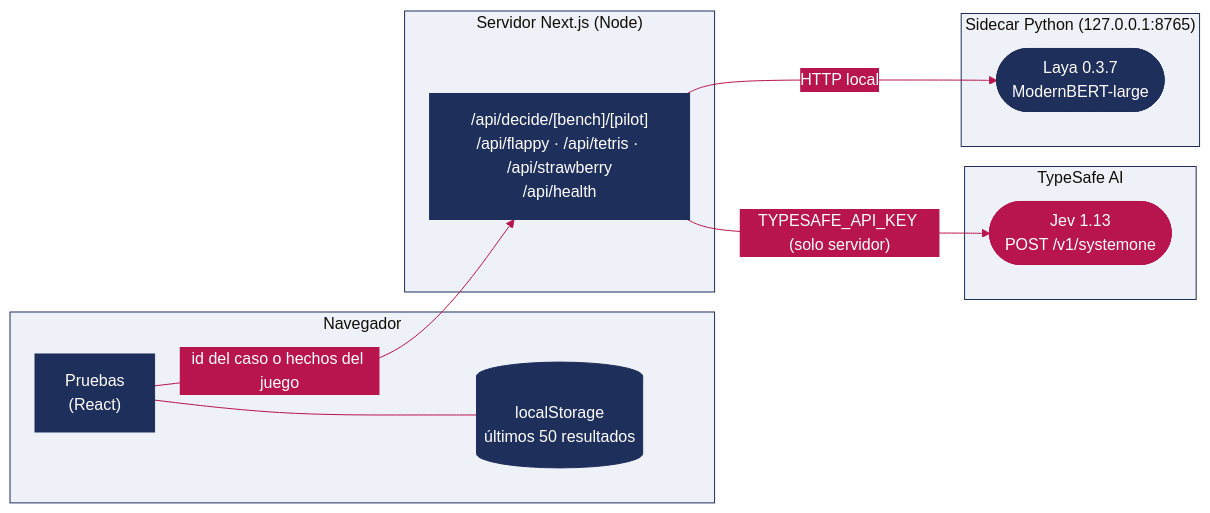
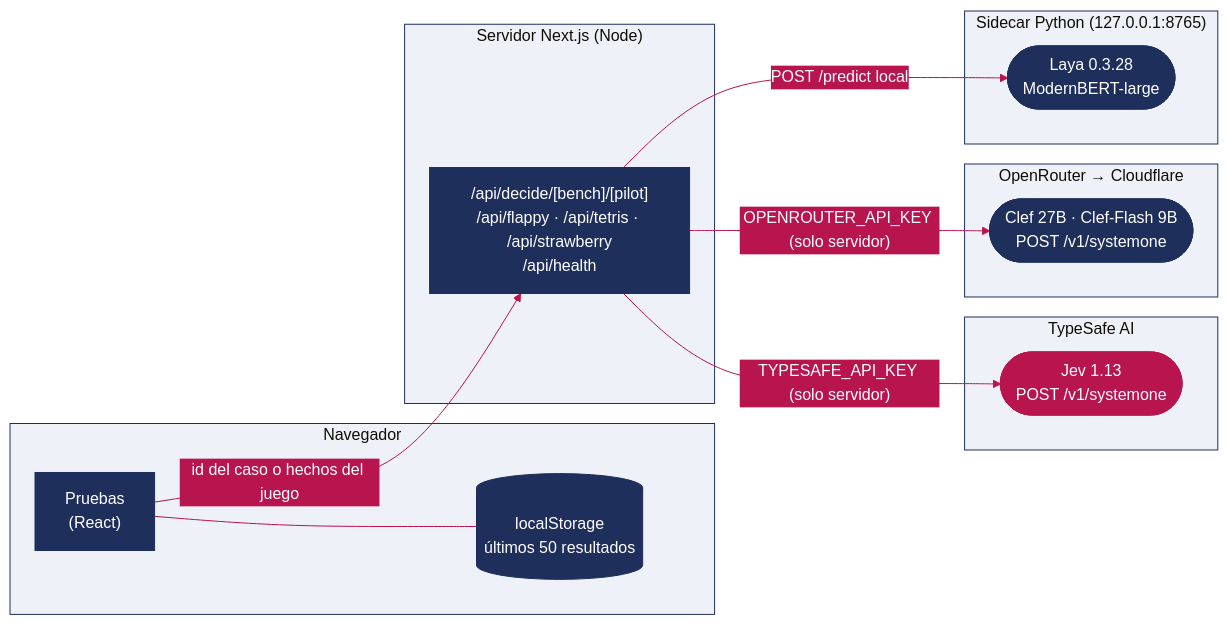
The third of 5 diagrams in README.md (VirtualCave/jev-article), drawn with Mermaid before and after one commit. The commit also changed other lines of this file and 72 other files, not shown here.

Commit message:
Update .env.example to include OPENROUTER_API_KEY and enhance README with detailed model comparisons and findings. Revise SVG images for clarity and consistency in data representation across various benchmarks.

````diff
--- a/README.md
+++ b/README.md
@@ -302,23 +307,27 @@
 ```mermaid
 %%{init: {"theme": "base", "themeVariables": {"primaryColor": "#1F2F5C", "primaryTextColor": "#FFFFFF", "primaryBorderColor": "#1F2F5C", "lineColor": "#B8144D", "secondaryColor": "#B8144D", "tertiaryColor": "#EEF1F8", "clusterBkg": "#EEF1F8", "clusterBorder": "#1F2F5C", "edgeLabelBackground": "#B8144D"}}}%%
 flowchart LR
     subgraph B["Navegador"]
       UI["Pruebas<br/>(React)"]
       LS[("localStorage<br/>últimos 50 resultados")]
     end
     subgraph N["Servidor Next.js (Node)"]
       API["/api/decide/[bench]/[pilot]<br/>/api/flappy · /api/tetris · /api/strawberry<br/>/api/health"]
     end
     subgraph T["TypeSafe AI"]
       JEV(["Jev 1.13<br/>POST /v1/systemone"])
     end
+    subgraph O["OpenRouter → Cloudflare"]
+      CLEF(["Clef 27B · Clef-Flash 9B<br/>POST /v1/systemone"])
+    end
     subgraph P["Sidecar Python (127.0.0.1:8765)"]
-      LAYA(["Laya 0.3.7<br/>ModernBERT-large"])
+      LAYA(["Laya 0.3.28<br/>ModernBERT-large"])
     end
     UI -- "id del caso o hechos del juego" --> API
     API -- "TYPESAFE_API_KEY (solo servidor)" --> JEV
-    API -- "HTTP local" --> LAYA
+    API -- "OPENROUTER_API_KEY (solo servidor)" --> CLEF
+    API -- "POST /predict local" --> LAYA
     UI --- LS
     classDef jev fill:#B8144D,stroke:#B8144D,color:#FFFFFF
     class JEV jev
 ```
````
